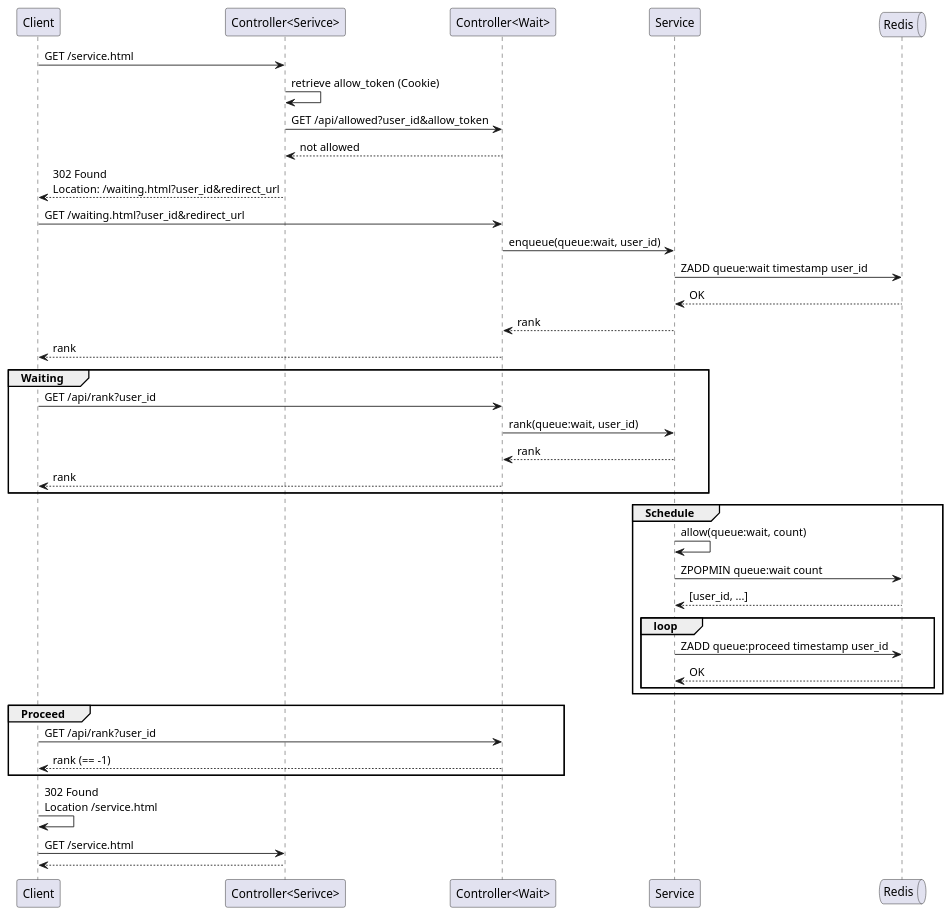
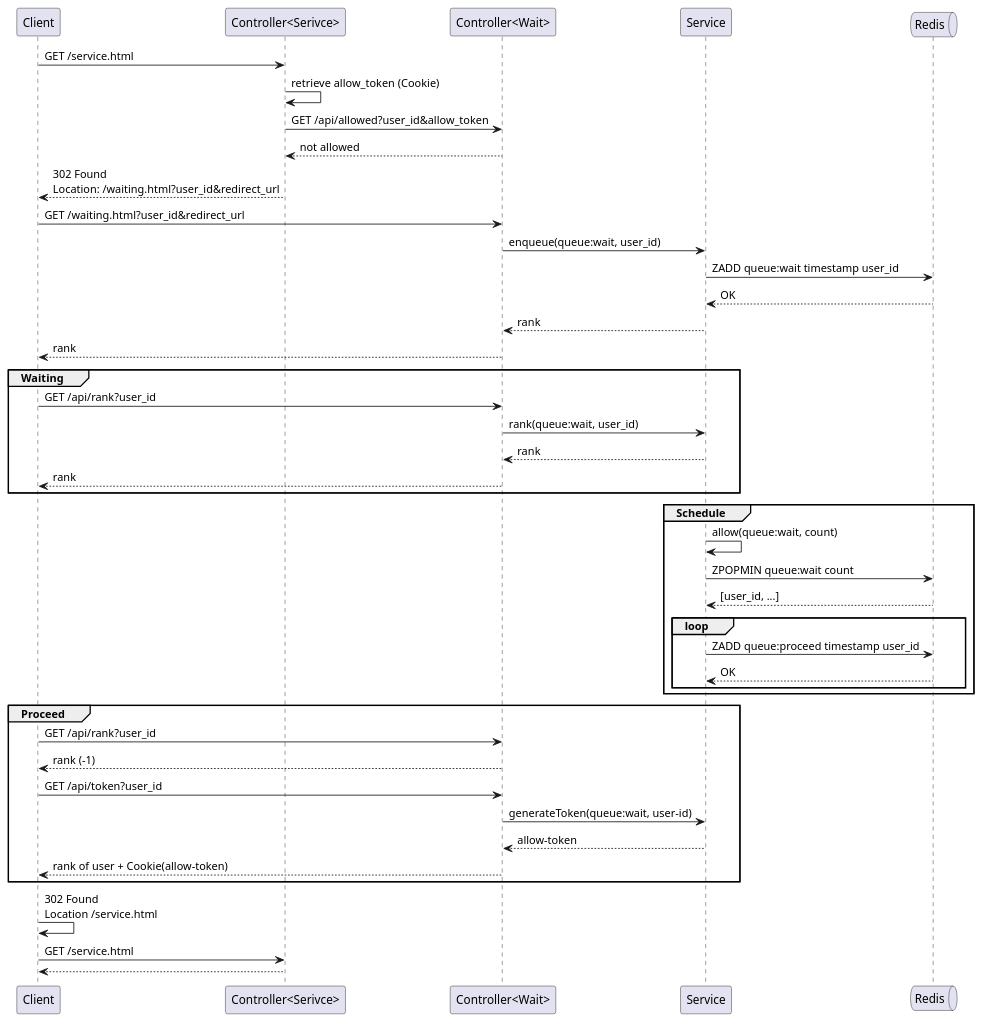
The diagram in _diary/2024-06-08.md (yanghoon/obsidian-workspace), drawn with PlantUML before and after one commit.

Commit message:
vault backup: 2024-06-09 19:42:07

````diff
--- a/_diary/2024-06-08.md
+++ b/_diary/2024-06-08.md
@@ -11,50 +11,55 @@
 ```plantuml
 @startuml
 
 participant Client
 participant "Controller<Serivce>" as ServiceController
 participant "Controller<Wait>" as Controller
 participant Service
 queue Redis
 
 Client -> ServiceController: GET /service.html
   ServiceController -> ServiceController: retrieve allow_token (Cookie)
   ServiceController -> Controller: GET /api/allowed?user_id&allow_token
   ServiceController <-- Controller: not allowed
 Client <-- ServiceController: 302 Found\nLocation: /waiting.html?user_id&redirect_url
 
 Client -> Controller: GET /waiting.html?user_id&redirect_url
   Controller -> Service: enqueue(queue:wait, user_id)
     Service -> Redis: ZADD queue:wait timestamp user_id
     Service <-- Redis: OK
   Controller <-- Service: rank
 Client <-- Controller: rank
 
 group Waiting
   Client -> Controller: GET /api/rank?user_id
     Controller -> Service: rank(queue:wait, user_id)
     Controller <-- Service: rank
   Client <-- Controller: rank
 end
 
 group Schedule
   Service -> Service: allow(queue:wait, count)
   Service -> Redis: ZPOPMIN queue:wait count
   Service <-- Redis: [user_id, ...]
   loop
     Service -> Redis: ZADD queue:proceed timestamp user_id
     Service <-- Redis: OK
   end
 end
 
 group Proceed
   Client -> Controller: GET /api/rank?user_id
-  Client <-- Controller: rank (== -1)
+  Client <-- Controller: rank (-1)
+
+  Client -> Controller: GET /api/token?user_id
+    Controller -> Service: generateToken(queue:wait, user-id)
+Controller <-- Service: allow-token
+Client <-- Controller: rank of user + Cookie(allow-token)
 end
 
 Client -> Client: 302 Found\nLocation /service.html
 Client -> ServiceController: GET /service.html
 Client <-- ServiceController
 
 @enduml
 ```
````
